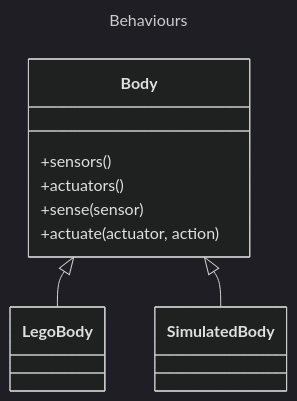
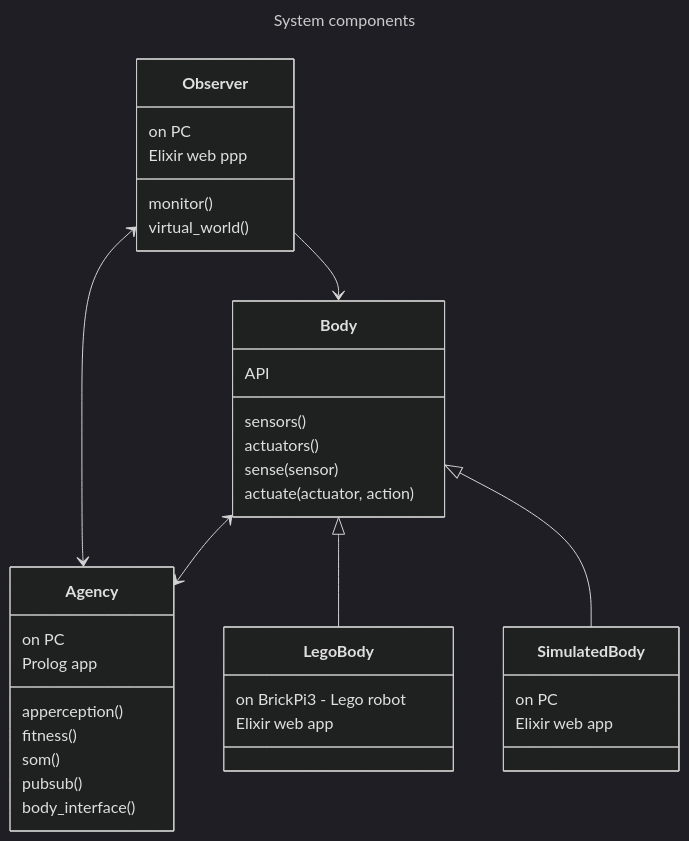
One commit to jfcloutier/karma_agency changed the second of 3 diagrams in notes/system.md. Above: the diagram before and after it, drawn with Mermaid (dark theme). The commit also changed other lines of this file, not shown here.

Commit message:
system diagrams

````diff
--- a/notes/system.md
+++ b/notes/system.md
@@ -54,15 +54,44 @@
 ``` mermaid
 ---
-title: Behaviours
+title: System components
 ---
 
 classDiagram
+  Agency
+  Observer
   Body <|-- LegoBody
   Body <|-- SimulatedBody
+  Observer <--> Agency
+  Observer --> Body
+  Body <--> Agency
+  class Agency {
+    on PC
+    Prolog app
+    apperception()
+    fitness()
+    som()
+    pubsub()
+    body_interface()
+  }
+  class Observer {
+    on PC
+    Elixir web ppp
+    monitor()
+    virtual_world()
+  }
   class Body {
-    +sensors()
-    +actuators()
-    +sense(sensor)
-    +actuate(actuator, action)
+    API
+    sensors()
+    actuators()
+    sense(sensor)
+    actuate(actuator, action)
+  }
+  class LegoBody {
+    on BrickPi3 - Lego robot
+    Elixir web app
+  }
+  class SimulatedBody {
+    on PC
+    Elixir web app
   }
 ```
````
